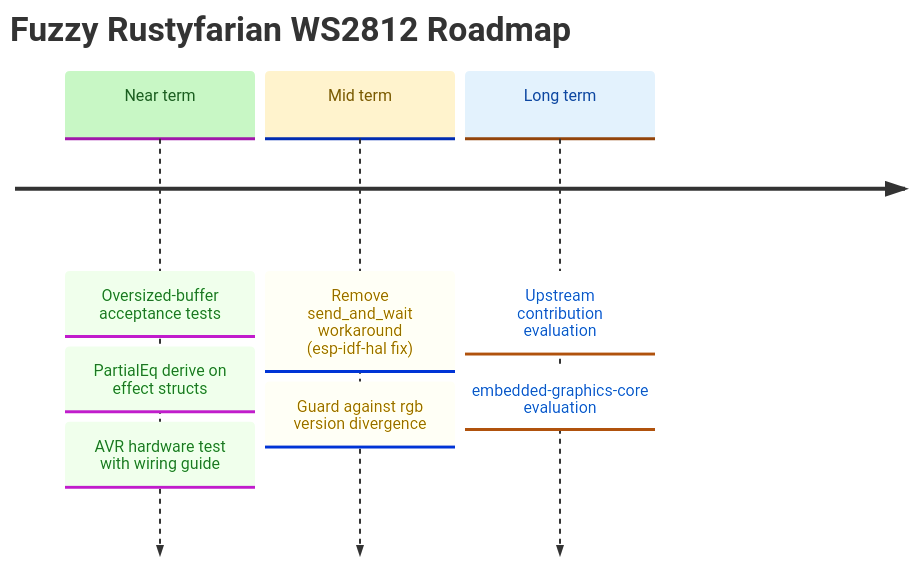
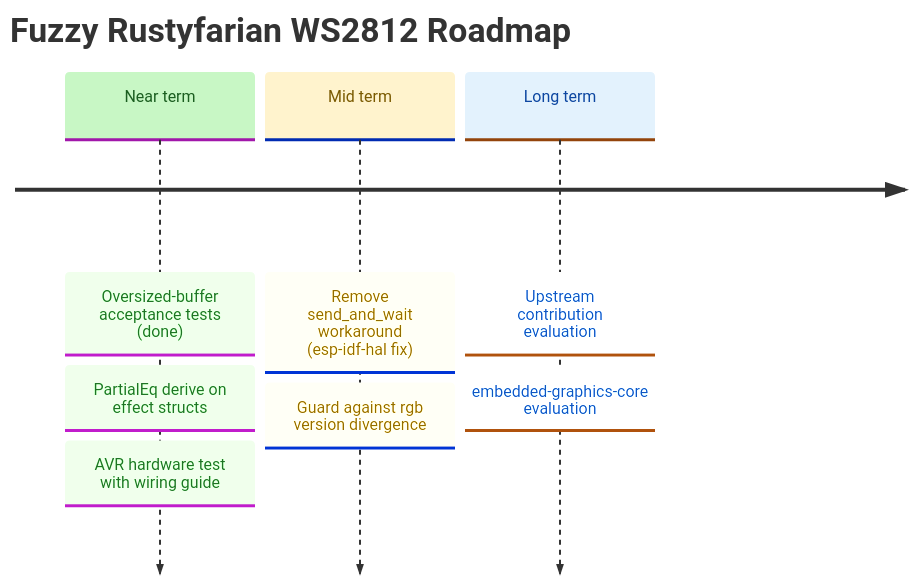
Before and after one commit to datenkollektiv/rustyfarian-ws2812: the diagram in docs/ROADMAP.md, drawn with Mermaid. The commit also changed 12 other files, not shown here.

Commit message:
Add tests for oversized buffer handling in LED effects

````diff
--- a/docs/ROADMAP.md
+++ b/docs/ROADMAP.md
@@ -10,26 +10,26 @@
 ```mermaid
 %%{init: {
   "theme": "base",
   "themeVariables": {
     "cScale0": "#c8f7c5",
     "cScaleLabel0": "#1b5e20",
     "cScale1": "#fff3cd",
     "cScaleLabel1": "#7a5a00",
     "cScale2": "#e3f2fd",
     "cScaleLabel2": "#0d47a1"
   }
 }}%%
 
 timeline
     title Fuzzy Rustyfarian WS2812 Roadmap
 
-    Near term : Oversized-buffer acceptance tests
+    Near term : Oversized-buffer acceptance tests (done)
               : PartialEq derive on effect structs
               : AVR hardware test with wiring guide
 
     Mid term  : Remove send_and_wait workaround (esp-idf-hal fix)
               : Guard against rgb version divergence
 
     Long term : Upstream contribution evaluation
               : embedded-graphics-core evaluation
 ```
````
